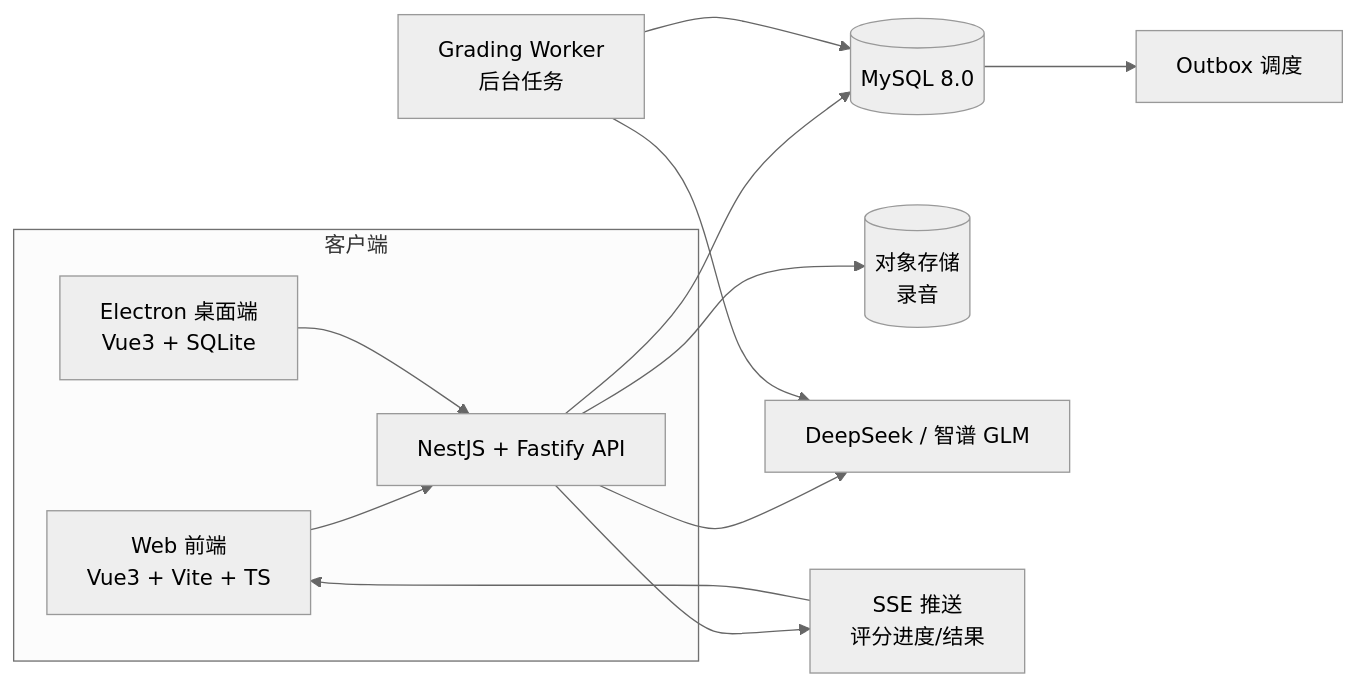
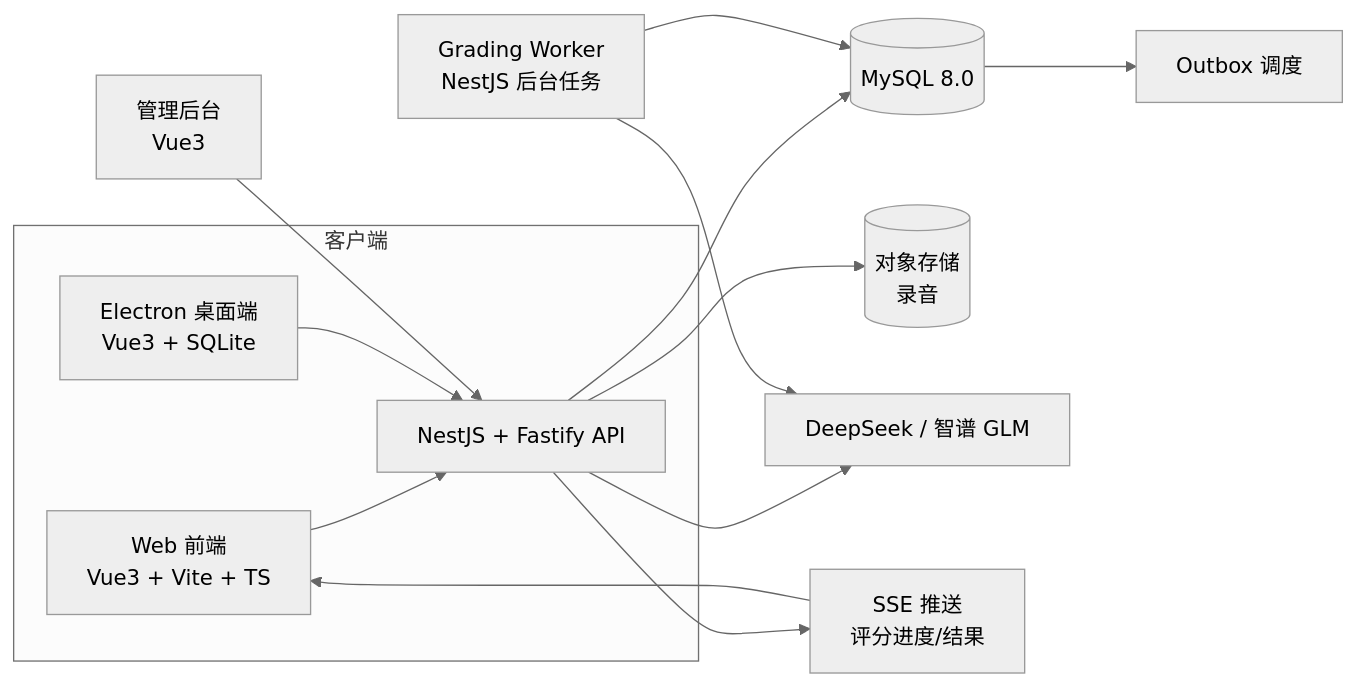
Before and after one commit to anton-bis/toefl-app: the first of 3 diagrams in docs/tech-design.md, drawn with Mermaid (neutral theme). The commit also changed other lines of this file and 2 other files, not shown here.

````diff
--- a/docs/tech-design.md
+++ b/docs/tech-design.md
@@ -37,18 +123,19 @@
 ```mermaid
 flowchart LR
   subgraph 客户端
     WEB[Web 前端<br/>Vue3 + Vite + TS] --> API
     ELEC[Electron 桌面端<br/>Vue3 + SQLite] --> API
   end
 
   API[NestJS + Fastify API]
   API --> DB[(MySQL 8.0)]
   API --> OBJ[(对象存储<br/>录音)]
   API --> AI[DeepSeek / 智谱 GLM]
 
-  WORKER[Grading Worker<br/>后台任务] --> AI
+  WORKER[Grading Worker<br/>NestJS 后台任务] --> AI
   WORKER --> DB
   DB --> OUTBOX[Outbox 调度]
   API --> SSE[SSE 推送<br/>评分进度/结果]
   SSE --> WEB
+  ADMIN[管理后台<br/>Vue3] --> API
 ```
````
